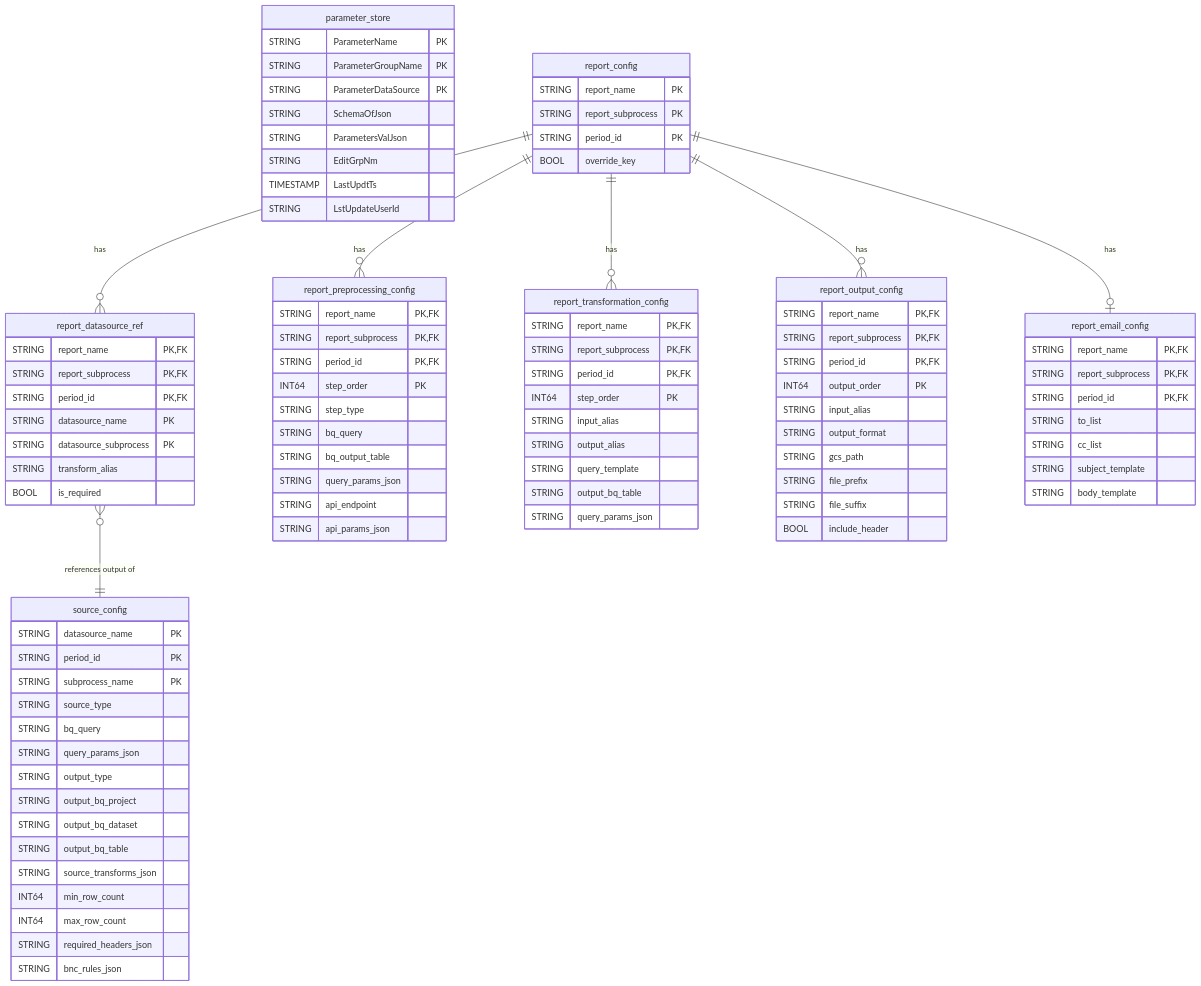
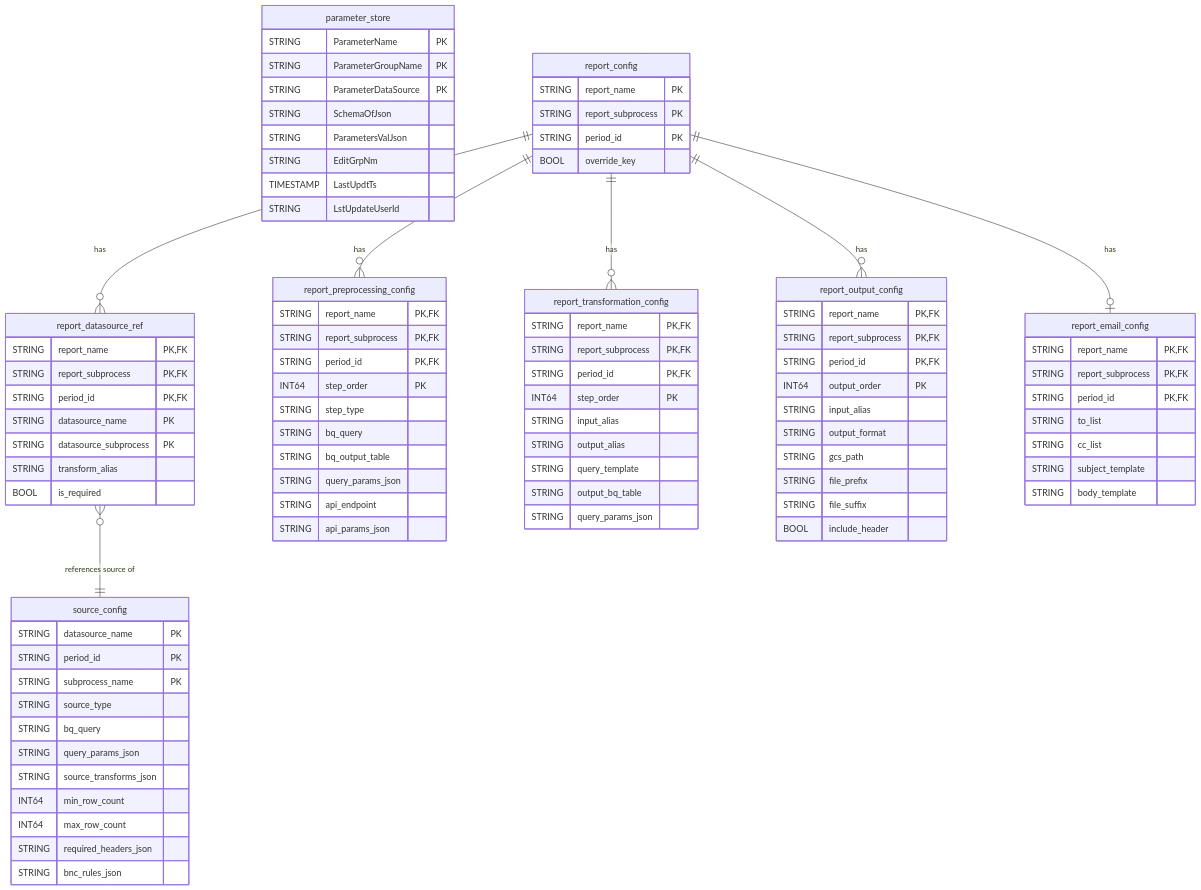
Diagram 11 of 13 in WALKTHROUGH.md (tushark-16bit/beam_framework), drawn with Mermaid before and after one commit. The commit also changed other lines of this file and 26 other files, not shown here.

````diff
--- a/WALKTHROUGH.md
+++ b/WALKTHROUGH.md
@@ -564,10 +552,6 @@
         STRING source_type
         STRING bq_query
         STRING query_params_json
-        STRING output_type
-        STRING output_bq_project
-        STRING output_bq_dataset
-        STRING output_bq_table
         STRING source_transforms_json
         INT64 min_row_count
         INT64 max_row_count
@@ -645,5 +629,5 @@
     report_config ||--o{ report_transformation_config : "has"
     report_config ||--o{ report_output_config : "has"
     report_config ||--o| report_email_config : "has"
-    report_datasource_ref }o--|| source_config : "references output of"
+    report_datasource_ref }o--|| source_config : "references source of"
 ```
````
